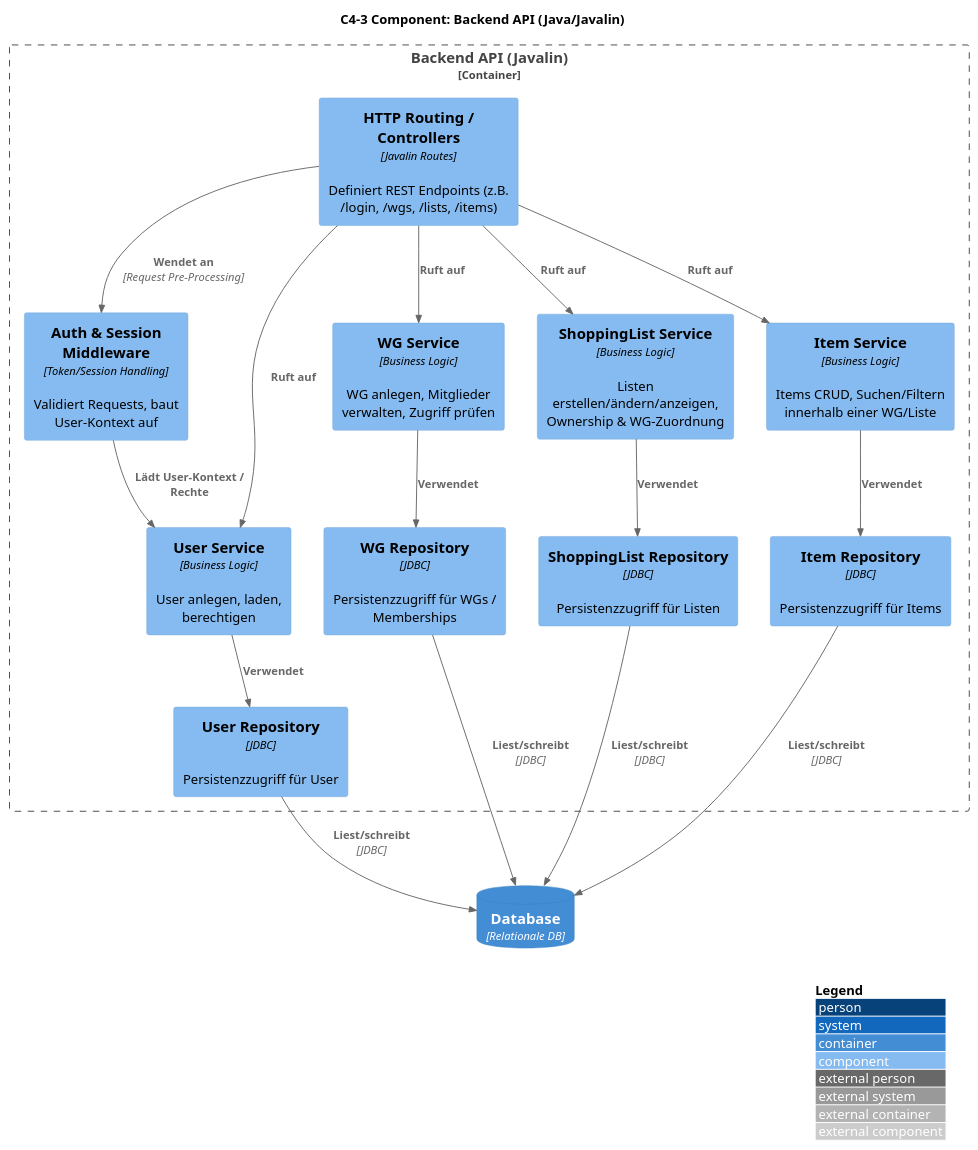
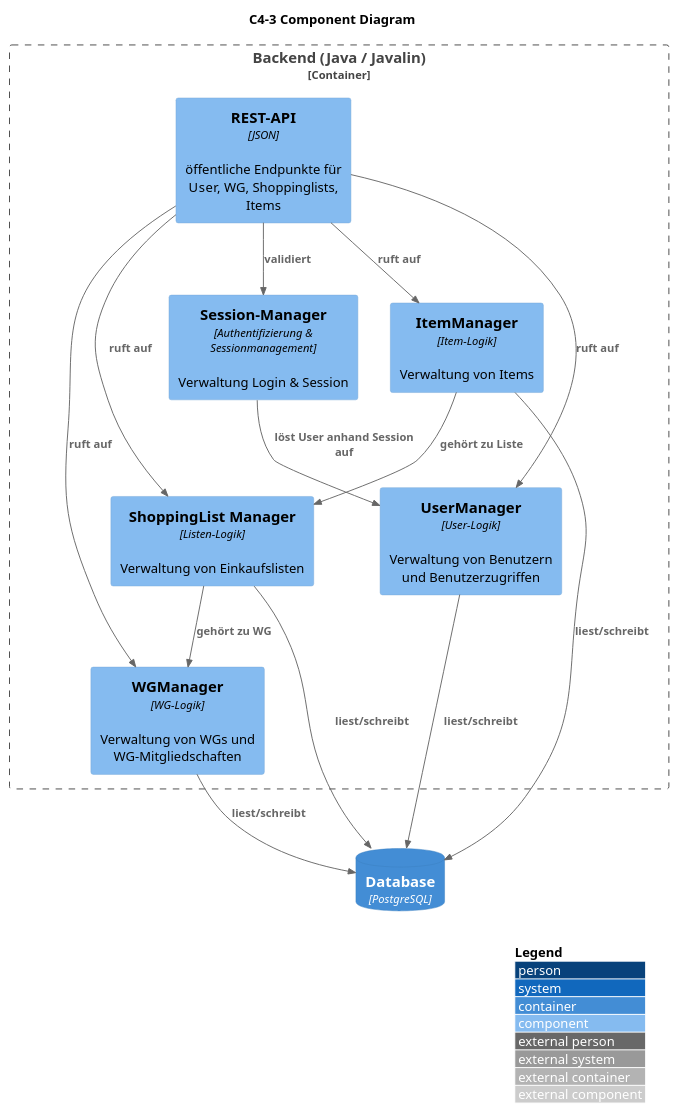
One commit to MasterOfDevilLP/ShareShop changed the diagram in docs/architecture/plantuml/level3_components.puml. Above: the diagram before and after it, drawn with PlantUML. The commit also changed 1 other file, not shown here.

```diff
--- a/docs/architecture/plantuml/level3_components.puml
+++ b/docs/architecture/plantuml/level3_components.puml
@@ -1,51 +1,40 @@
 @startuml c4_level3_component_backend
 !include <c4/C4_Component.puml>
 
 LAYOUT_WITH_LEGEND()
 
-title C4-3 Component: Backend API (Java/Javalin)
+title C4-3 Component Diagram
 
-Container_Boundary(api, "Backend API (Javalin)") {
+Container_Boundary(backend, "Backend (Java / Javalin)") {
 
-    Component(router, "HTTP Routing / Controllers", "Javalin Routes","Definiert REST Endpoints (z.B. /login, /wgs, /lists, /items)")
+    Component(api, "REST-API", "JSON", "öffentliche Endpunkte für User, WG, Shoppinglists, Items")
 
-    Component(auth, "Auth & Session Middleware", "Token/Session Handling","Validiert Requests, baut User-Kontext auf")
+    Component(sessionMgr, "Session-Manager","Authentifizierung & Sessionmanagement","Verwaltung Login & Session")
 
-    Component(userSvc, "User Service", "Business Logic","User anlegen, laden, berechtigen")
+    Component(userMgr, "UserManager","User-Logik","Verwaltung von Benutzern und Benutzerzugriffen")
 
-    Component(wgSvc, "WG Service", "Business Logic","WG anlegen, Mitglieder verwalten, Zugriff prüfen")
+    Component(wgMgr, "WGManager","WG-Logik","Verwaltung von WGs und WG-Mitgliedschaften")
 
-    Component(listSvc, "ShoppingList Service", "Business Logic","Listen erstellen/ändern/anzeigen, Ownership & WG-Zuordnung")
+    Component(listMgr, "ShoppingList Manager","Listen-Logik","Verwaltung von Einkaufslisten")
 
-    Component(itemSvc, "Item Service", "Business Logic","Items CRUD, Suchen/Filtern innerhalb einer WG/Liste")
-
-    Component(userRepo, "User Repository", "JDBC","Persistenzzugriff für User")
-
-    Component(wgRepo, "WG Repository", "JDBC","Persistenzzugriff für WGs / Memberships")
-
-    Component(listRepo, "ShoppingList Repository", "JDBC","Persistenzzugriff für Listen")
-
-    Component(itemRepo, "Item Repository", "JDBC","Persistenzzugriff für Items")
+    Component(itemMgr, "ItemManager","Item-Logik","Verwaltung von Items")
 }
 
-ContainerDb(db, "Database", "Relationale DB")
+ContainerDb(db, "Database", "PostgreSQL")
 
-' Flow: Request -> Controller -> Auth -> Services -> Repos -> DB
-Rel(router, auth, "Wendet an", "Request Pre-Processing")
-Rel(auth, userSvc, "Lädt User-Kontext / Rechte", "")
-Rel(router, userSvc, "Ruft auf", "")
-Rel(router, wgSvc, "Ruft auf", "")
-Rel(router, listSvc, "Ruft auf", "")
-Rel(router, itemSvc, "Ruft auf", "")
+Rel(api, sessionMgr, "validiert")
+Rel(api, userMgr, "ruft auf")
+Rel(api, wgMgr, "ruft auf")
+Rel(api, listMgr, "ruft auf")
+Rel(api, itemMgr, "ruft auf")
 
-Rel(userSvc, userRepo, "Verwendet", "")
-Rel(wgSvc, wgRepo, "Verwendet", "")
-Rel(listSvc, listRepo, "Verwendet", "")
-Rel(itemSvc, itemRepo, "Verwendet", "")
+Rel(sessionMgr, userMgr, "löst User anhand Session auf")
+Rel(listMgr, wgMgr, "gehört zu WG")
+Rel(itemMgr, listMgr, "gehört zu Liste")
 
-Rel(userRepo, db, "Liest/schreibt", "JDBC")
-Rel(wgRepo, db, "Liest/schreibt", "JDBC")
-Rel(listRepo, db, "Liest/schreibt", "JDBC")
-Rel(itemRepo, db, "Liest/schreibt", "JDBC")
+Rel(userMgr, db, "liest/schreibt")
+Rel(wgMgr, db, "liest/schreibt")
+Rel(listMgr, db, "liest/schreibt")
+Rel(itemMgr, db, "liest/schreibt")
 
 @enduml
```
